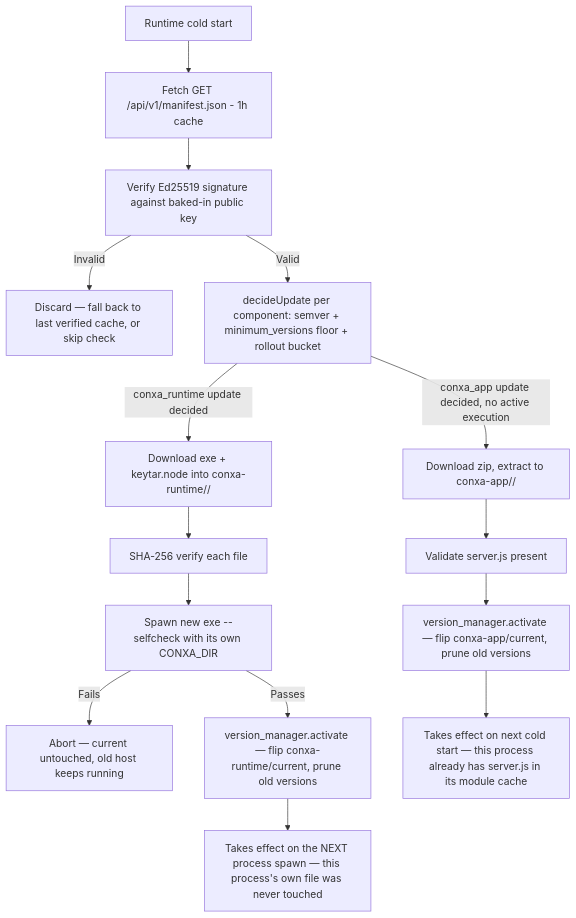
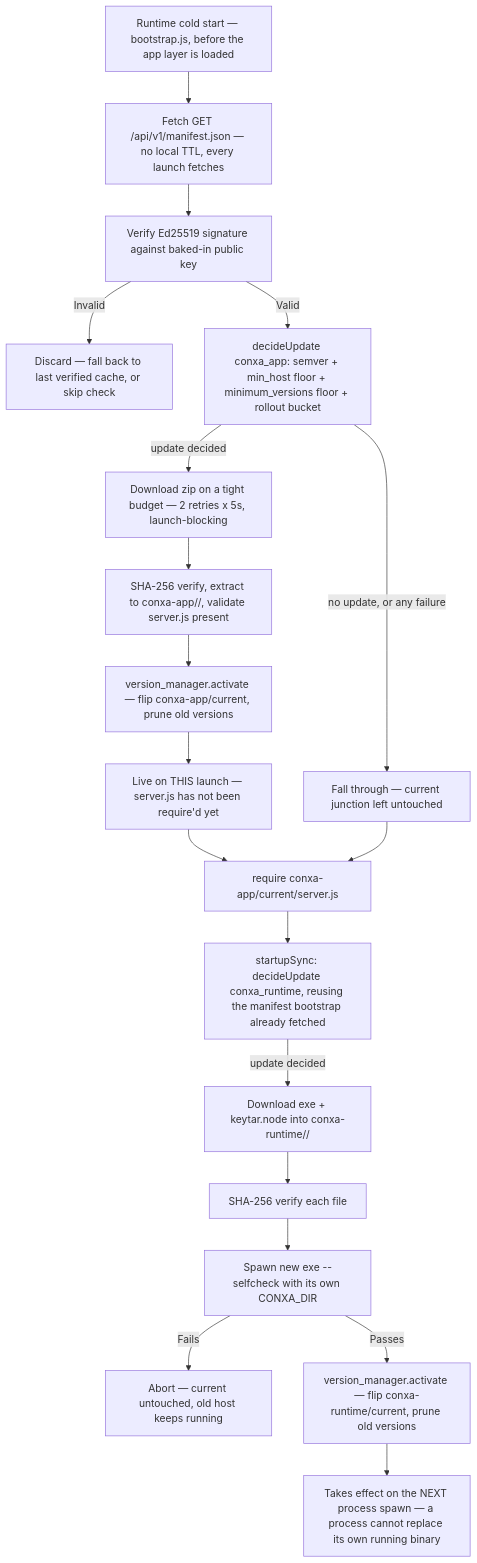
One commit to Cannonbold2412/CONXA changed diagram 16 of 18 in docs/App-Flow.md. Above: the diagram before and after it, drawn with Mermaid. The commit also changed other lines of this file and 5 other files, not shown here.

````diff
--- a/docs/App-Flow.md
+++ b/docs/App-Flow.md
@@ -569,19 +578,24 @@
 ```mermaid
 flowchart TD
-    A[Runtime cold start] --> B[Fetch GET /api/v1/manifest.json - 1h cache]
+    A[Runtime cold start — bootstrap.js, before the app layer is loaded] --> B[Fetch GET /api/v1/manifest.json — no local TTL, every launch fetches]
     B --> C[Verify Ed25519 signature against baked-in public key]
     C -->|Invalid| D[Discard — fall back to last verified cache, or skip check]
-    C -->|Valid| E[decideUpdate per component: semver + minimum_versions floor + rollout bucket]
+    C -->|Valid| E[decideUpdate conxa_app: semver + min_host floor + minimum_versions floor + rollout bucket]
 
-    E -->|conxa_runtime update decided| F[Download exe + keytar.node into conxa-runtime/<version>/]
+    E -->|update decided| L[Download zip on a tight budget — 2 retries x 5s, launch-blocking]
+    L --> M[SHA-256 verify, extract to conxa-app/<version>/, validate server.js present]
+    M --> N[version_manager.activate — flip conxa-app/current, prune old versions]
+    N --> O[Live on THIS launch — server.js has not been require'd yet]
+    E -->|no update, or any failure| P[Fall through — current junction left untouched]
+
+    O --> Q[require conxa-app/current/server.js]
+    P --> Q
+    Q --> R[startupSync: decideUpdate conxa_runtime, reusing the manifest bootstrap already fetched]
+
+    R -->|update decided| F[Download exe + keytar.node into conxa-runtime/<version>/]
     F --> G[SHA-256 verify each file]
     G --> H[Spawn new exe --selfcheck with its own CONXA_DIR]
     H -->|Fails| I[Abort — current untouched, old host keeps running]
     H -->|Passes| J[version_manager.activate — flip conxa-runtime/current, prune old versions]
-    J --> K[Takes effect on the NEXT process spawn — this process's own file was never touched]
-
-    E -->|conxa_app update decided, no active execution| L[Download zip, extract to conxa-app/<version>/]
-    L --> M[Validate server.js present]
-    M --> N[version_manager.activate — flip conxa-app/current, prune old versions]
-    N --> O[Takes effect on next cold start — this process already has server.js in its module cache]
+    J --> K[Takes effect on the NEXT process spawn — a process cannot replace its own running binary]
 ```
````
